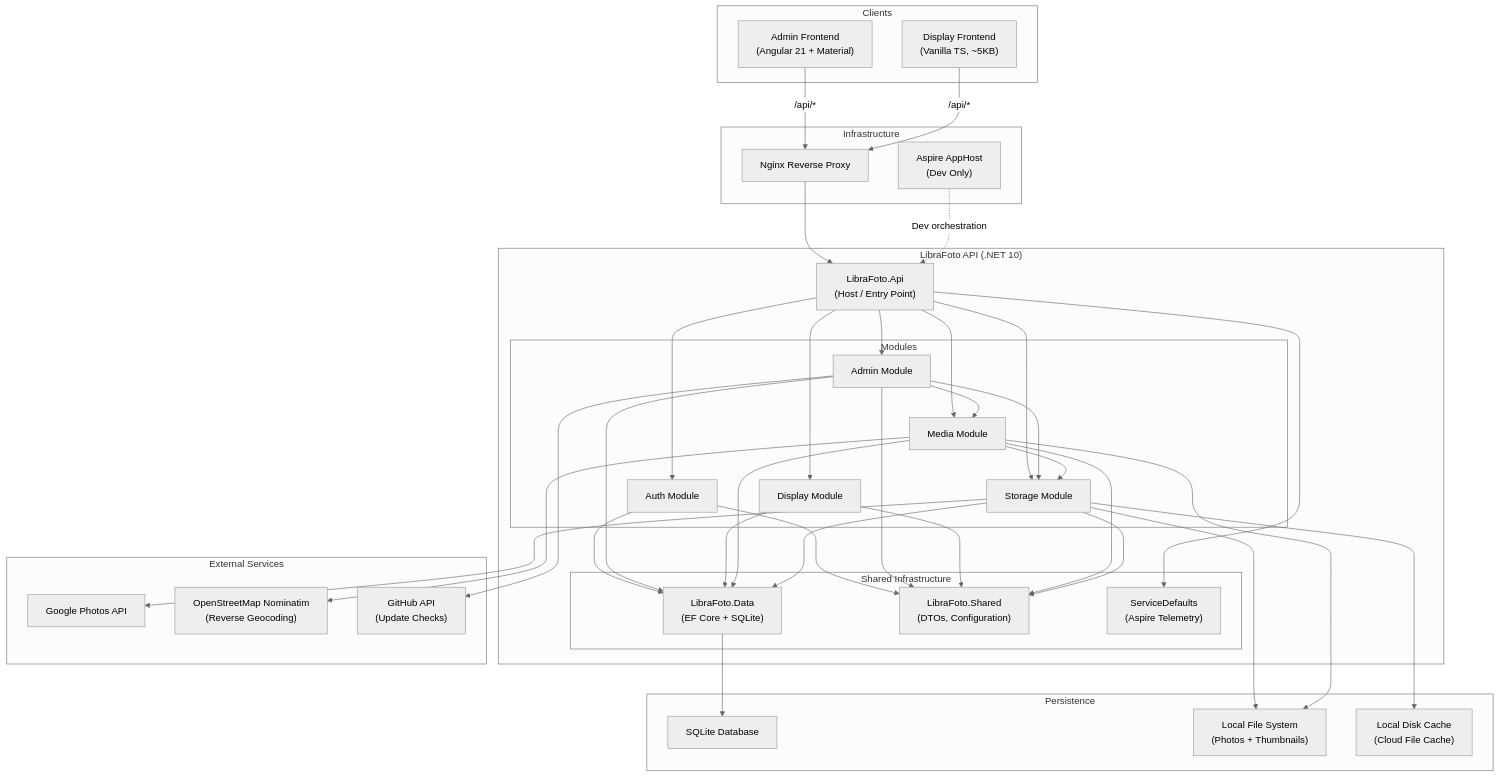
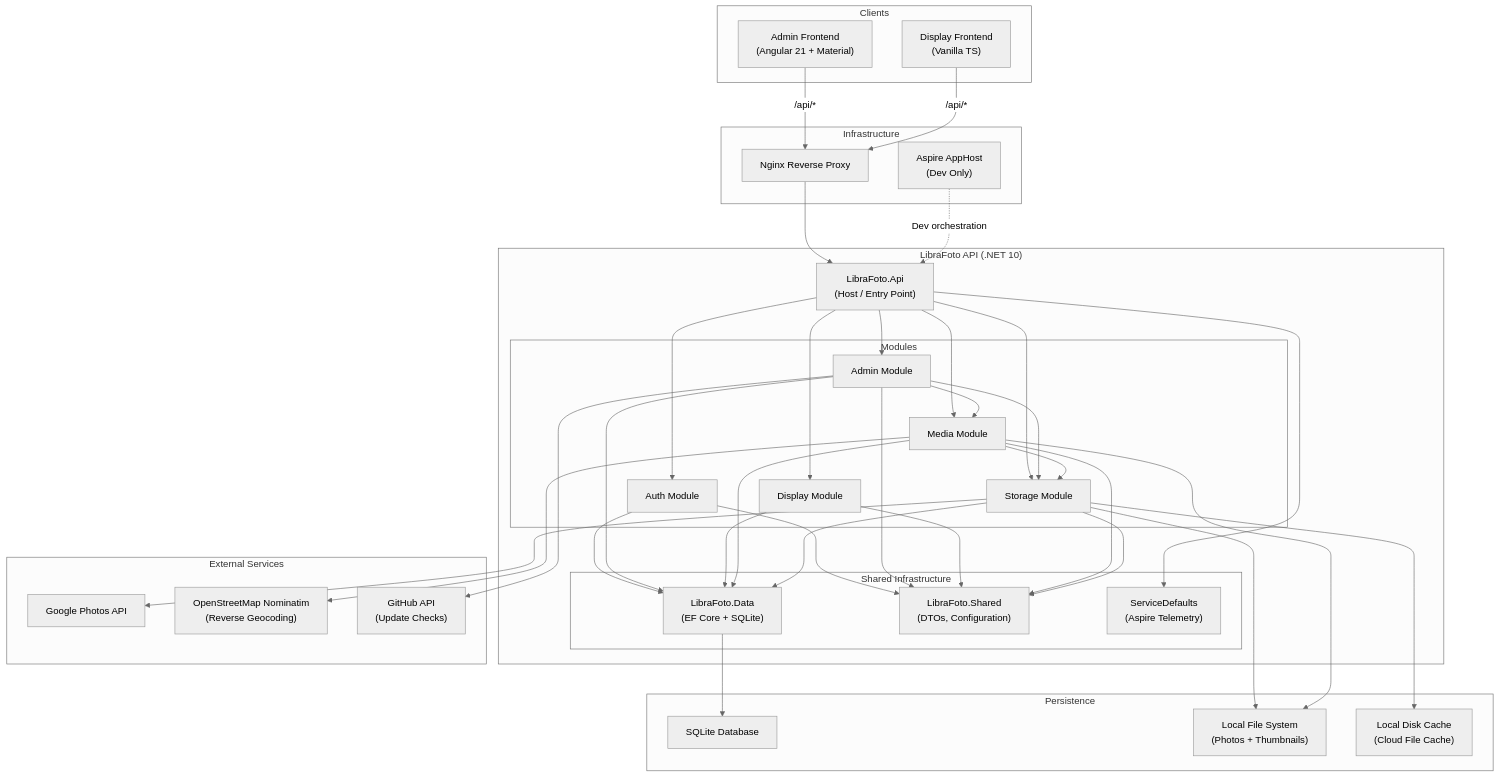
One commit to joelmeaders/LibraFoto changed the first of 4 diagrams in docs/api/architecture-overview.md. Above: the diagram before and after it, drawn with Mermaid (neutral theme). The commit also changed 8 other files, not shown here.

````diff
--- a/docs/api/architecture-overview.md
+++ b/docs/api/architecture-overview.md
@@ -7,79 +7,79 @@
 ```mermaid
 graph TD
     subgraph Clients
         AdminSPA["Admin Frontend<br/>(Angular 21 + Material)"]
-        DisplaySPA["Display Frontend<br/>(Vanilla TS, ~5KB)"]
+        DisplaySPA["Display Frontend<br/>(Vanilla TS)"]
     end
 
     subgraph Infrastructure
         Nginx["Nginx Reverse Proxy"]
         Aspire["Aspire AppHost<br/>(Dev Only)"]
     end
 
     subgraph "LibraFoto API (.NET 10)"
         API["LibraFoto.Api<br/>(Host / Entry Point)"]
 
         subgraph Modules
             Auth["Auth Module"]
             Admin["Admin Module"]
             Display["Display Module"]
             Media["Media Module"]
             Storage["Storage Module"]
         end
 
         subgraph "Shared Infrastructure"
             Data["LibraFoto.Data<br/>(EF Core + SQLite)"]
             Shared["LibraFoto.Shared<br/>(DTOs, Configuration)"]
             Defaults["ServiceDefaults<br/>(Aspire Telemetry)"]
         end
     end
 
     subgraph "External Services"
         GooglePhotos["Google Photos API"]
         Nominatim["OpenStreetMap Nominatim<br/>(Reverse Geocoding)"]
         GitHub["GitHub API<br/>(Update Checks)"]
     end
 
     subgraph "Persistence"
         SQLite["SQLite Database"]
         LocalFS["Local File System<br/>(Photos + Thumbnails)"]
         Cache["Local Disk Cache<br/>(Cloud File Cache)"]
     end
 
     AdminSPA -->|"/api/*"| Nginx
     DisplaySPA -->|"/api/*"| Nginx
     Nginx --> API
     Aspire -.->|"Dev orchestration"| API
 
     API --> Auth
     API --> Admin
     API --> Display
     API --> Media
     API --> Storage
 
     Auth --> Data
     Admin --> Data
     Admin --> Media
     Admin --> Storage
     Display --> Data
     Media --> Data
     Media --> Storage
     Storage --> Data
 
     Auth --> Shared
     Admin --> Shared
     Display --> Shared
     Media --> Shared
     Storage --> Shared
 
     API --> Defaults
 
     Storage --> GooglePhotos
     Media --> Nominatim
     Admin --> GitHub
 
     Data --> SQLite
     Storage --> LocalFS
     Storage --> Cache
     Media --> LocalFS
 ```
````
